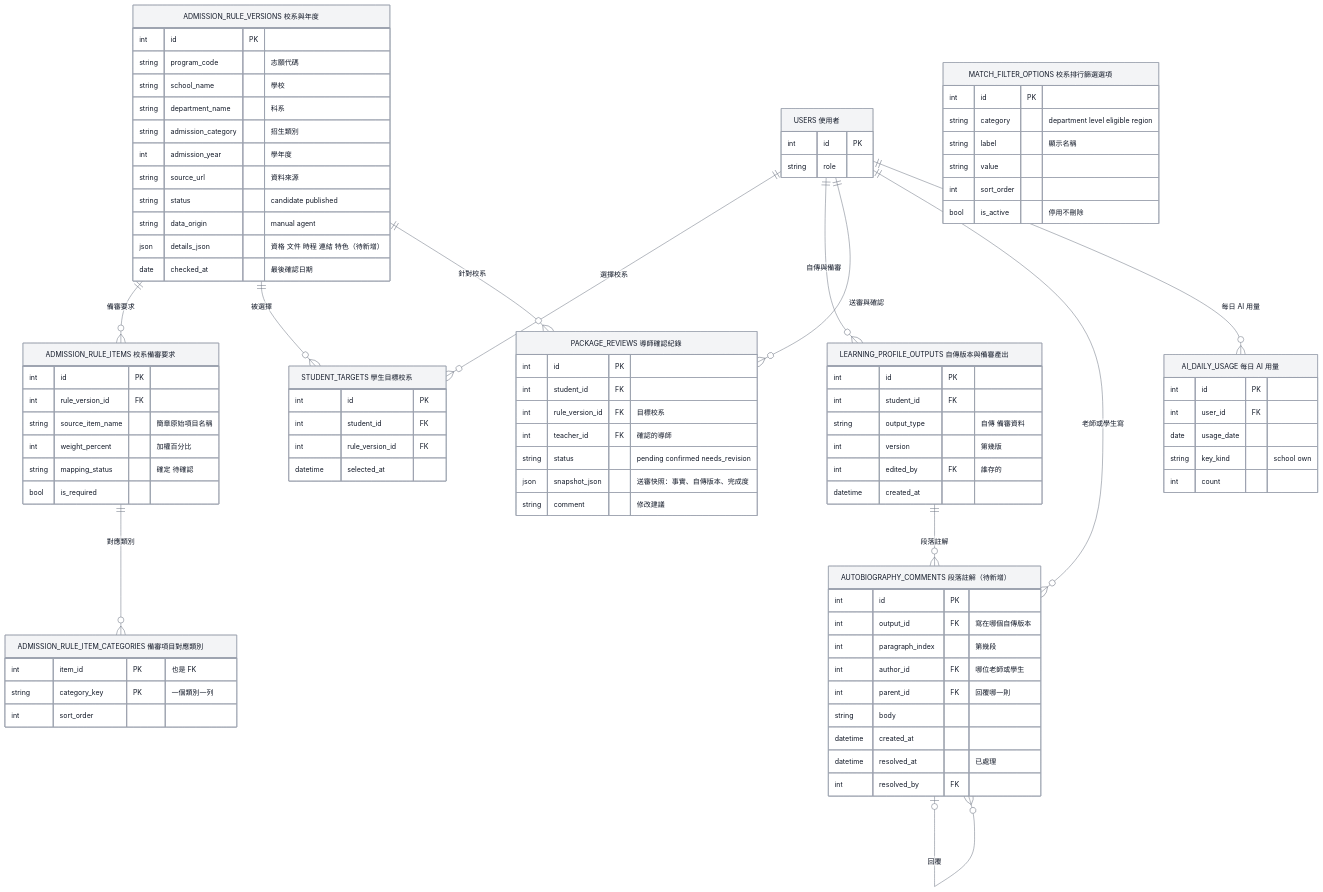
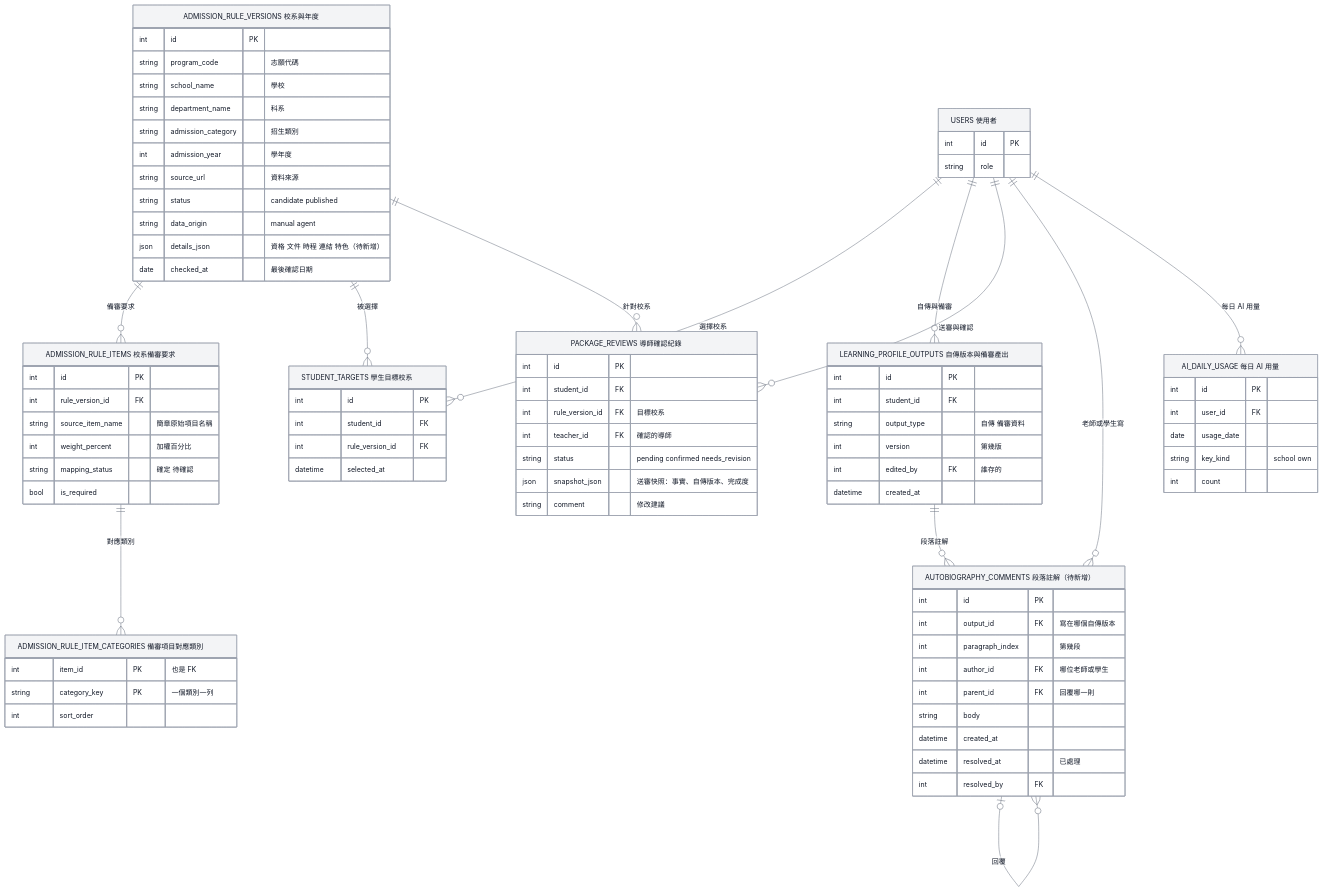
Before and after one commit to 111534107/smart-learning-portfolio-main: the diagram in docs/images/D-09-erd-part2-review.mmd, drawn with Mermaid. The commit also changed 841 other files, not shown here.

```diff
--- a/docs/images/D-09-erd-part2-review.mmd
+++ b/docs/images/D-09-erd-part2-review.mmd
@@ -1,93 +1,85 @@
 %%{init: {'theme':'base','themeVariables': {'fontFamily':'Arial, Microsoft JhengHei, sans-serif','fontSize':'14px','primaryColor':'#F3F4F6','primaryTextColor':'#111827','primaryBorderColor':'#9CA3AF','lineColor':'#6B7280'},'er':{'minEntityWidth':160,'entityPadding':20}}}%%
 erDiagram
     ADMISSION_RULE_VERSIONS ||--o{ ADMISSION_RULE_ITEMS : "備審要求"
     ADMISSION_RULE_ITEMS ||--o{ ADMISSION_RULE_ITEM_CATEGORIES : "對應類別"
     USERS ||--o{ STUDENT_TARGETS : "選擇校系"
     ADMISSION_RULE_VERSIONS ||--o{ STUDENT_TARGETS : "被選擇"
     USERS ||--o{ LEARNING_PROFILE_OUTPUTS : "自傳與備審"
     USERS ||--o{ PACKAGE_REVIEWS : "送審與確認"
     ADMISSION_RULE_VERSIONS ||--o{ PACKAGE_REVIEWS : "針對校系"
     LEARNING_PROFILE_OUTPUTS ||--o{ AUTOBIOGRAPHY_COMMENTS : "段落註解"
     USERS ||--o{ AUTOBIOGRAPHY_COMMENTS : "老師或學生寫"
     AUTOBIOGRAPHY_COMMENTS |o--o{ AUTOBIOGRAPHY_COMMENTS : "回覆"
     USERS ||--o{ AI_DAILY_USAGE : "每日 AI 用量"
 
     USERS["USERS 使用者　　　"] {
         int id PK
         string role
     }
     ADMISSION_RULE_VERSIONS["ADMISSION_RULE_VERSIONS 校系與年度　　　"] {
         int id PK
         string program_code "志願代碼"
         string school_name "學校"
         string department_name "科系"
         string admission_category "招生類別"
         int admission_year "學年度"
         string source_url "資料來源"
         string status "candidate published"
         string data_origin "manual agent"
         json details_json "資格 文件 時程 連結 特色（待新增）"
         date checked_at "最後確認日期"
     }
     ADMISSION_RULE_ITEMS["ADMISSION_RULE_ITEMS 校系備審要求　　　"] {
         int id PK
         int rule_version_id FK
         string source_item_name "簡章原始項目名稱"
         int weight_percent "加權百分比"
         string mapping_status "確定 待確認"
         bool is_required
     }
     ADMISSION_RULE_ITEM_CATEGORIES["ADMISSION_RULE_ITEM_CATEGORIES 備審項目對應類別　　　"] {
         int item_id PK "也是 FK"
         string category_key PK "一個類別一列"
         int sort_order
     }
     STUDENT_TARGETS["STUDENT_TARGETS 學生目標校系　　　"] {
         int id PK
         int student_id FK
         int rule_version_id FK
         datetime selected_at
     }
     LEARNING_PROFILE_OUTPUTS["LEARNING_PROFILE_OUTPUTS 自傳版本與備審產出　　　"] {
         int id PK
         int student_id FK
         string output_type "自傳 備審資料"
         int version "第幾版"
         int edited_by FK "誰存的"
         datetime created_at
     }
     PACKAGE_REVIEWS["PACKAGE_REVIEWS 導師確認紀錄　　　"] {
         int id PK
         int student_id FK
         int rule_version_id FK "目標校系"
         int teacher_id FK "確認的導師"
         string status "pending confirmed needs_revision"
         json snapshot_json "送審快照：事實、自傳版本、完成度"
         string comment "修改建議"
     }
     AUTOBIOGRAPHY_COMMENTS["AUTOBIOGRAPHY_COMMENTS 段落註解（待新增）　　　"] {
         int id PK
         int output_id FK "寫在哪個自傳版本"
         int paragraph_index "第幾段"
         int author_id FK "哪位老師或學生"
         int parent_id FK "回覆哪一則"
         string body
         datetime created_at
         datetime resolved_at "已處理"
         int resolved_by FK
     }
     AI_DAILY_USAGE["AI_DAILY_USAGE 每日 AI 用量　　　"] {
         int id PK
         int user_id FK
         date usage_date
         string key_kind "school own"
         int count
     }
-    MATCH_FILTER_OPTIONS["MATCH_FILTER_OPTIONS 校系排行篩選選項　　　"] {
-        int id PK
-        string category "department level eligible region"
-        string label "顯示名稱"
-        string value
-        int sort_order
-        bool is_active "停用不刪除"
-    }
```
